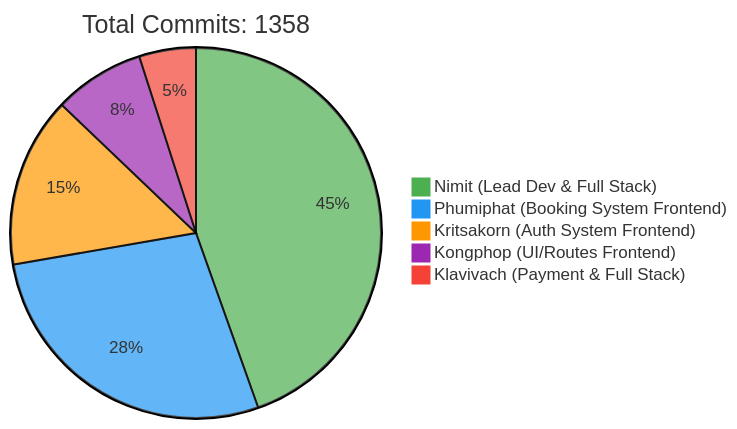
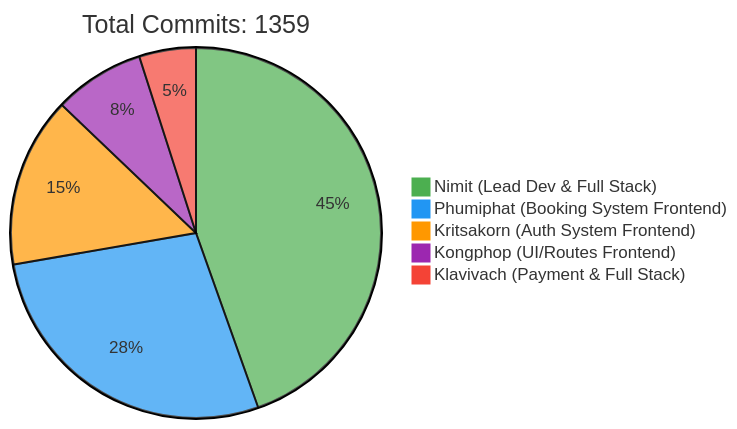
One commit to 6531503042/Sport-Complex changed the first of 2 diagrams in README.md. Above: the diagram before and after it, drawn with Mermaid. The commit also changed other lines of this file, not shown here.

Commit message:
docs: Update contributor statistics [skip ci]

````diff
--- a/README.md
+++ b/README.md
@@ -257,10 +257,10 @@
 ```mermaid
 %%{init: {'theme': 'base', 'themeVariables': { 'pie1': '#4CAF50', 'pie2': '#2196F3', 'pie3': '#FF9800', 'pie4': '#9C27B0', 'pie5': '#F44336'}}}%%
 pie
-    title Total Commits: 1358
+    title Total Commits: 1359
     "Nimit (Lead Dev & Full Stack)" : 450
     "Phumiphat (Booking System Frontend)" : 280
     "Kritsakorn (Auth System Frontend)" : 150
     "Kongphop (UI/Routes Frontend)" : 80
     "Klavivach (Payment & Full Stack)" : 50
 ```
````
